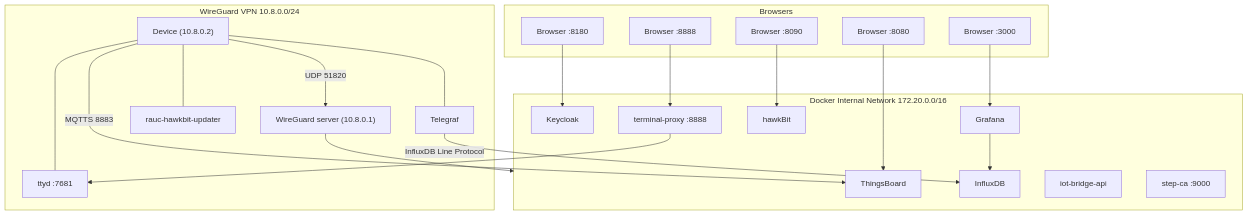
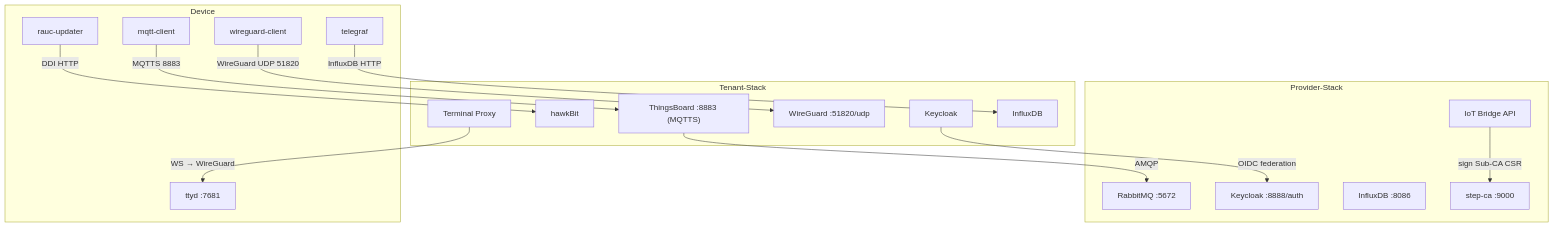
The fifth of 5 diagrams in docs/architecture/data-flow.md (the78mole/complete-device-management), drawn with Mermaid before and after one commit. The commit also changed other lines of this file and 49 other files, not shown here.

Commit message:
Complete Architecture Redesign - Phase 1.5 Documentation and Phase 2

````diff
--- a/docs/architecture/data-flow.md
+++ b/docs/architecture/data-flow.md
@@ -115,47 +143,36 @@
 ```mermaid
 graph TB
-    subgraph browsers[Browsers]
-        B1["Browser :8080"]
-        B2["Browser :8180"]
-        B3["Browser :3000"]
-        B4["Browser :8090"]
-        B5["Browser :8888"]
+    subgraph provider["Provider-Stack"]
+        RMQ_P["RabbitMQ :5672"]
+        KC_P["Keycloak :8888/auth"]
+        IDB_P["InfluxDB :8086"]
+        SCA_P["step-ca :9000"]
+        IBA_P["IoT Bridge API"]
     end
 
-    subgraph docker["Docker Internal Network 172.20.0.0/16"]
-        TB[ThingsBoard]
-        KC[Keycloak]
-        GRF[Grafana]
-        IDB[InfluxDB]
-        HB[hawkBit]
-        IBA[iot-bridge-api]
-        TXP["terminal-proxy :8888"]
-        SCA["step-ca :9000"]
-
-        GRF --> IDB
+    subgraph tenant["Tenant-Stack"]
+        TB_T["ThingsBoard :8883 (MQTTS)"]
+        HB_T["hawkBit"]
+        KC_T["Keycloak"]
+        WGS["WireGuard :51820/udp"]
+        TXP["Terminal Proxy"]
+        IDB_T["InfluxDB"]
     end
 
-    subgraph wg["WireGuard VPN 10.8.0.0/24"]
-        WGS["WireGuard server (10.8.0.1)"]
-        DEV["Device (10.8.0.2)"]
-        TLG[Telegraf]
+    subgraph device["Device"]
+        MQC[mqtt-client]
+        TLG[telegraf]
+        WGC[wireguard-client]
+        UPD[rauc-updater]
         TTD["ttyd :7681"]
-        UPD[rauc-hawkbit-updater]
-
-        DEV --- TLG
-        DEV --- TTD
-        DEV --- UPD
     end
 
-    B1 --> TB
-    B2 --> KC
-    B3 --> GRF
-    B4 --> HB
-    B5 --> TXP
-
-    TLG -->|InfluxDB Line Protocol| IDB
-    DEV -->|"UDP 51820"| WGS
-    DEV -->|"MQTTS 8883"| TB
-    WGS --> docker
-    TXP --> TTD
+    MQC -->|MQTTS 8883| TB_T
+    TLG -->|InfluxDB HTTP| IDB_T
+    WGC -->|WireGuard UDP 51820| WGS
+    UPD -->|DDI HTTP| HB_T
+    TB_T -->|AMQP| RMQ_P
+    KC_T -->|OIDC federation| KC_P
+    TXP -->|WS → WireGuard| TTD
+    IBA_P -->|sign Sub-CA CSR| SCA_P
 ```
````
